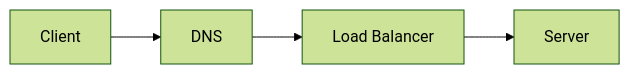
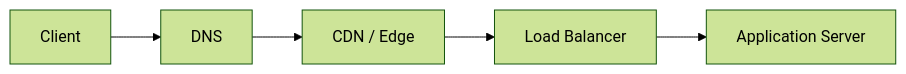
The first of 23 diagrams in 01-networking/README.md (hareramcse/SystemDesign), drawn with Mermaid (forest theme) before and after one commit. The commit also changed other lines of this file and 15 other files, not shown here.

````diff
--- a/01-networking/README.md
+++ b/01-networking/README.md
@@ -36,6 +40,7 @@
 ```mermaid
 flowchart LR
     Client --> DNS
-    DNS --> LB[Load Balancer]
-    LB --> Server
+    DNS --> CDN[CDN / Edge]
+    CDN --> LB[Load Balancer]
+    LB --> App[Application Server]
 ```
````
